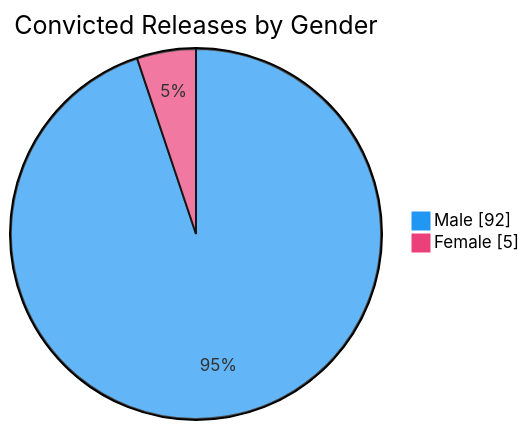
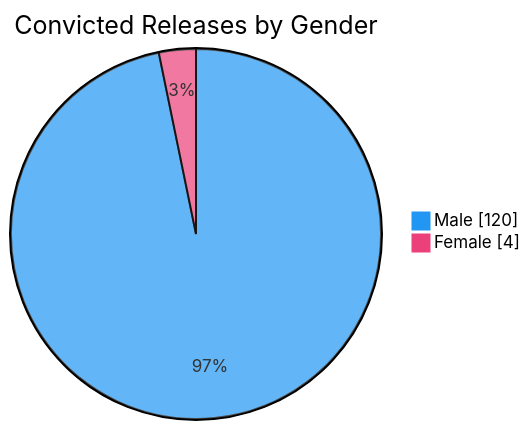
One commit to nuuuwan/lk_prisons changed the sixth of 7 diagrams in README.md. Above: the diagram before and after it, drawn with Mermaid. The commit also changed other lines of this file and 1 other file, not shown here.

````diff
--- a/README.md
+++ b/README.md
@@ -98,6 +98,6 @@
 ```mermaid
 %%{init: {'themeVariables': {'pie1': '#2196F3', 'pie2': '#EC407A'}}}%%
 pie showData title Convicted Releases by Gender
-    "Male" : 92
-    "Female" : 5
+    "Male" : 120
+    "Female" : 4
 ```
````
